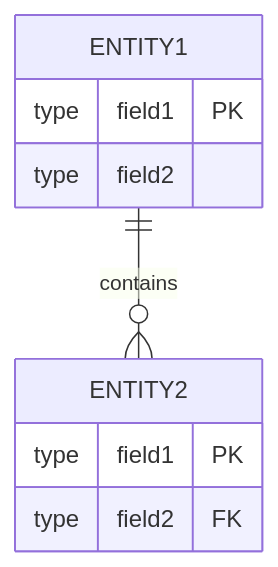
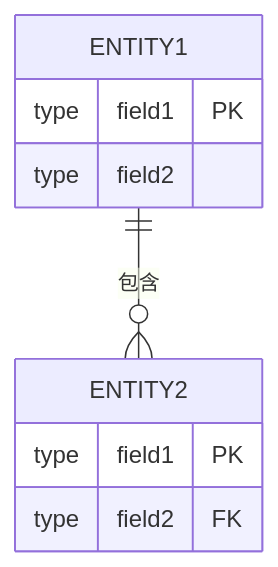
One commit to kingoliang/polyglot-engineering-claude-plugin changed the third of 5 diagrams in templates/architecture/architecture-template.md. Above: the diagram before and after it, drawn with Mermaid. The commit also changed other lines of this file and 31 other files, not shown here.

````diff
--- a/templates/architecture/architecture-template.md
+++ b/templates/architecture/architecture-template.md
@@ -158,12 +158,12 @@
 ```mermaid
 erDiagram
-    ENTITY1 ||--o{ ENTITY2 : contains
+    ENTITY1 ||--o{ ENTITY2 : 包含
     ENTITY1 {
         type field1 PK
         type field2
     }
     ENTITY2 {
         type field1 PK
         type field2 FK
     }
 ```
````
